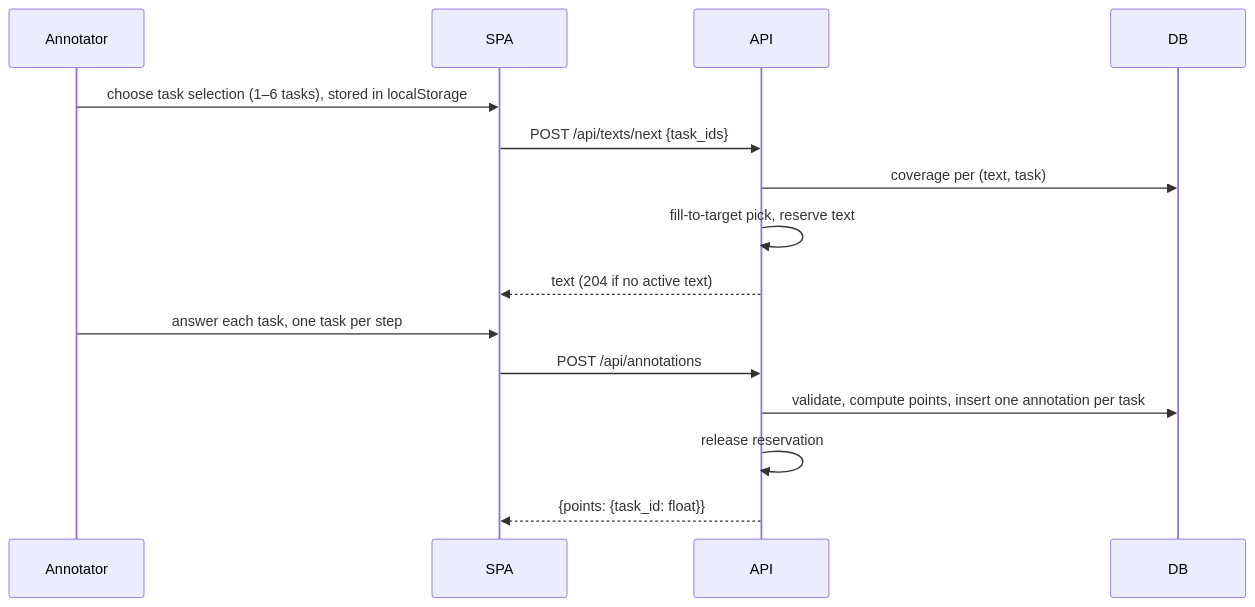
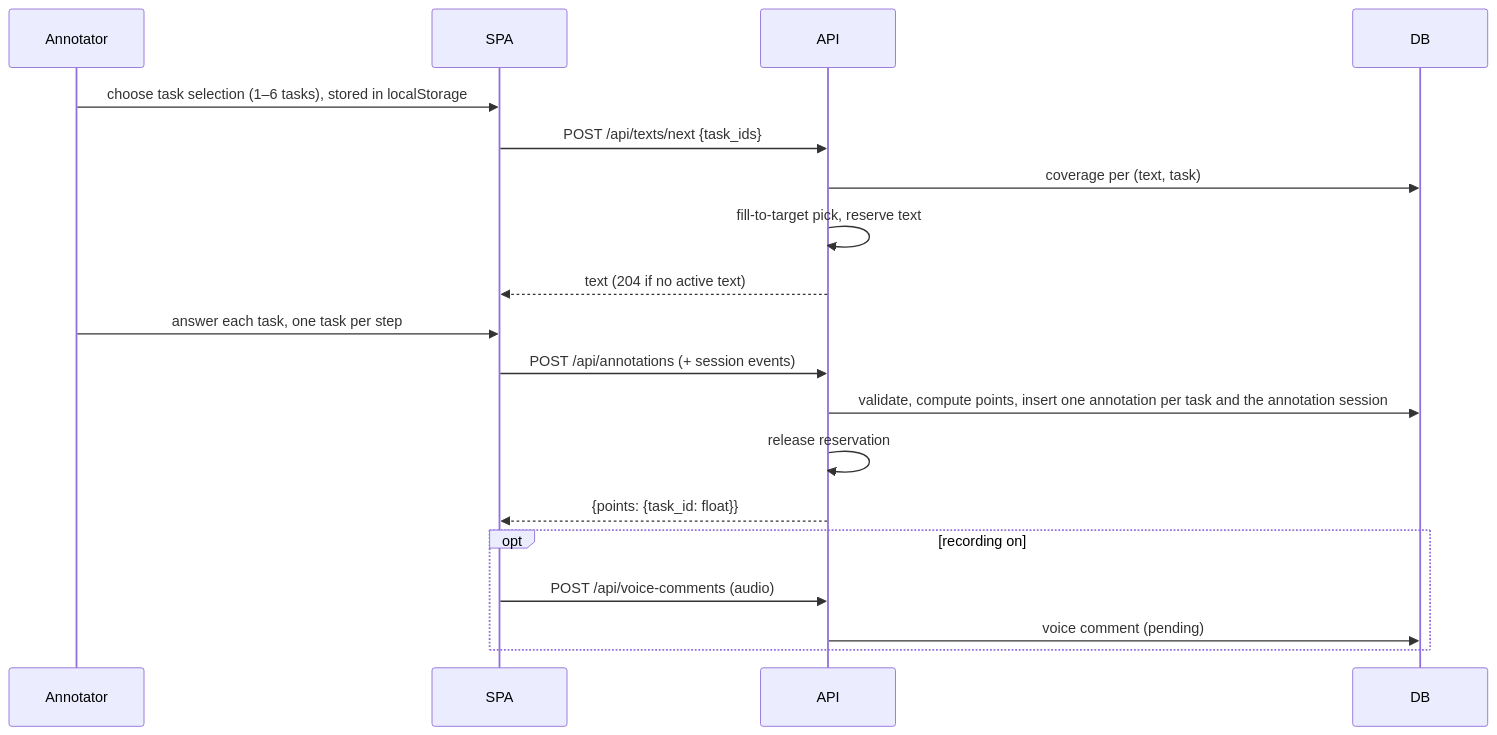
Before and after one commit to michal-hradis/semant_text_cl_app: the second of 2 diagrams in docs/architecture.md, drawn with Mermaid. The commit also changed other lines of this file and 26 other files, not shown here.

````diff
--- a/docs/architecture.md
+++ b/docs/architecture.md
@@ -24,18 +28,22 @@
 ```mermaid
 sequenceDiagram
     participant U as Annotator
     participant SPA
     participant API
     participant DB
 
     U->>SPA: choose task selection (1–6 tasks), stored in localStorage
     SPA->>API: POST /api/texts/next {task_ids}
     API->>DB: coverage per (text, task)
     API->>API: fill-to-target pick, reserve text
     API-->>SPA: text (204 if no active text)
     U->>SPA: answer each task, one task per step
-    SPA->>API: POST /api/annotations
-    API->>DB: validate, compute points, insert one annotation per task
+    SPA->>API: POST /api/annotations (+ session events)
+    API->>DB: validate, compute points, insert one annotation per task and the annotation session
     API->>API: release reservation
     API-->>SPA: {points: {task_id: float}}
+    opt recording on
+        SPA->>API: POST /api/voice-comments (audio)
+        API->>DB: voice comment (pending)
+    end
 ```
````
